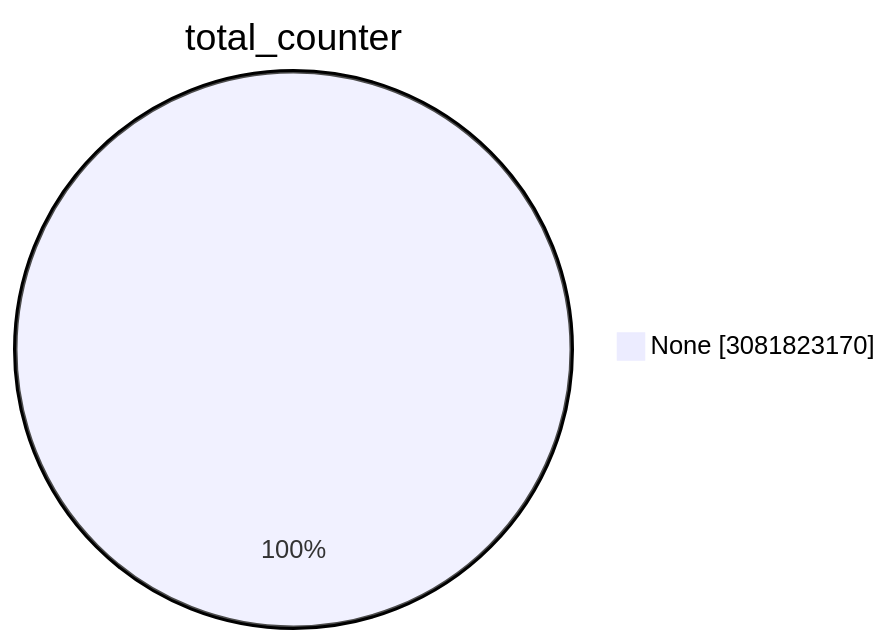
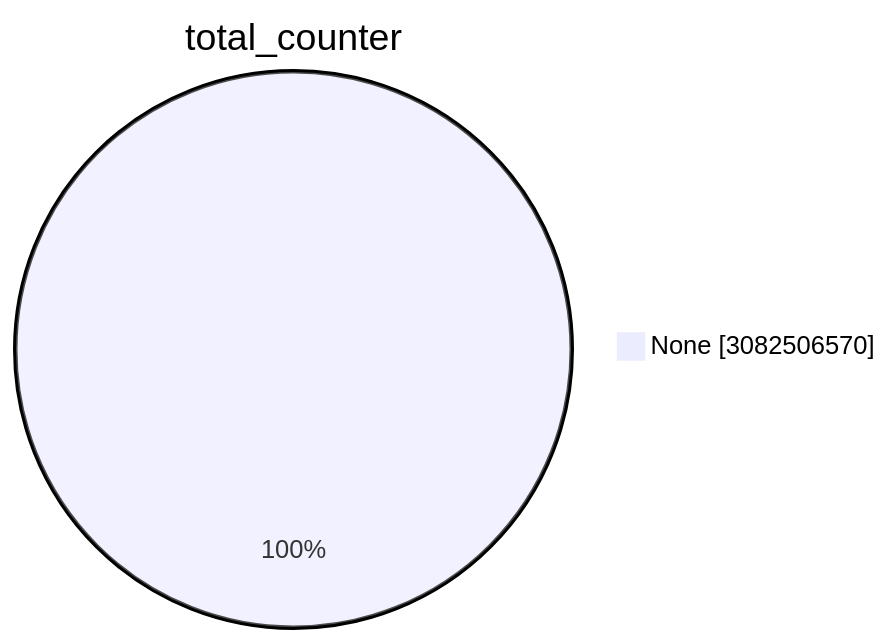
Before and after one commit to christiankrug/ctmonitor_visualization: the first of 15 diagrams in TOTAL/README.md, drawn with Mermaid. The commit also changed other lines of this file, not shown here.

````diff
--- a/TOTAL/README.md
+++ b/TOTAL/README.md
@@ -1,5 +1,5 @@
 ```mermaid
 pie showData
 title total_counter
-"None" :3081823170
+"None" :3082506570
 ```
````
